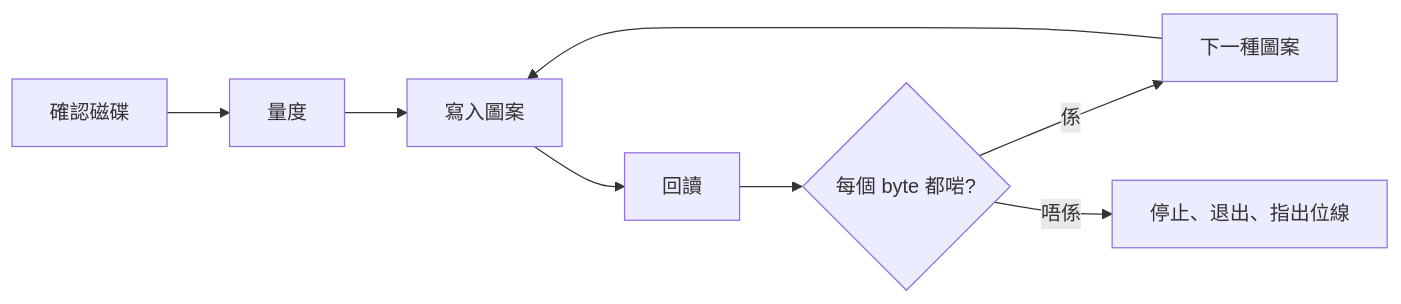
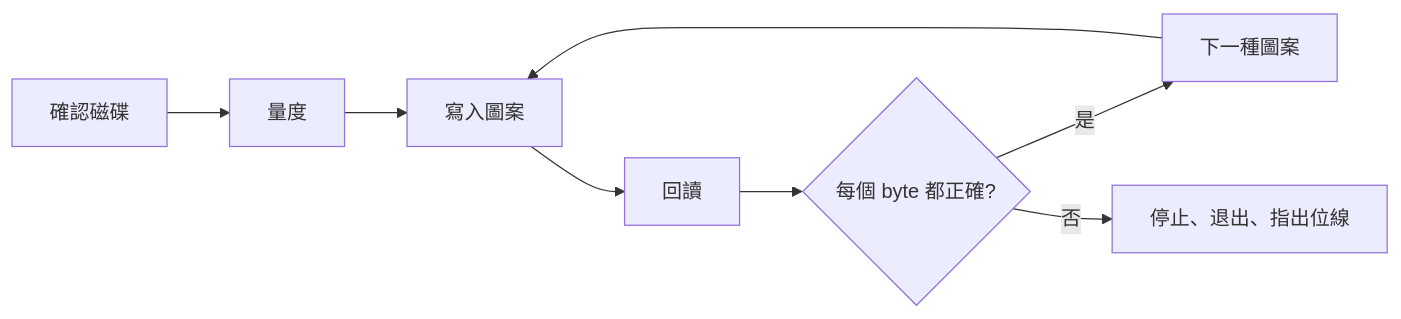
One commit to gufranco/kiyome changed the diagram in README.zh-HK.md. Above: the diagram before and after it, drawn with Mermaid. The commit also changed other lines of this file and 33 other files, not shown here.

````diff
--- a/README.zh-HK.md
+++ b/README.zh-HK.md
@@ -100,10 +124,10 @@
 ```mermaid
 graph LR
     A["確認磁碟"] --> B["量度"]
     B --> C["寫入圖案"]
     C --> D["回讀"]
-    D --> E{"每個 byte 都啱?"}
-    E -->|係| F["下一種圖案"]
-    E -->|唔係| G["停止、退出、指出位線"]
+    D --> E{"每個 byte 都正確?"}
+    E -->|是| F["下一種圖案"]
+    E -->|否| G["停止、退出、指出位線"]
     F --> C
 ```
````
